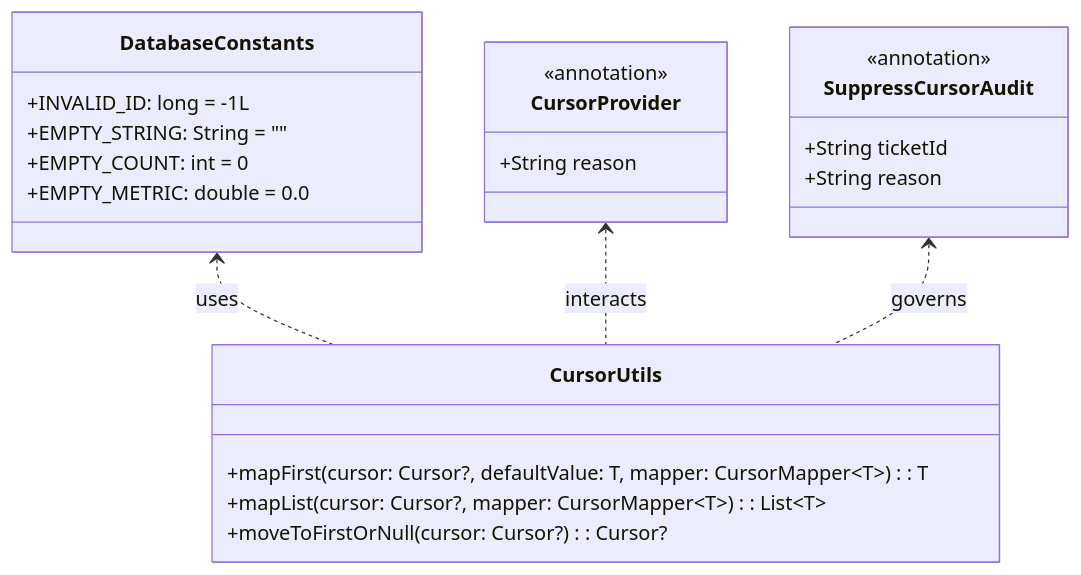
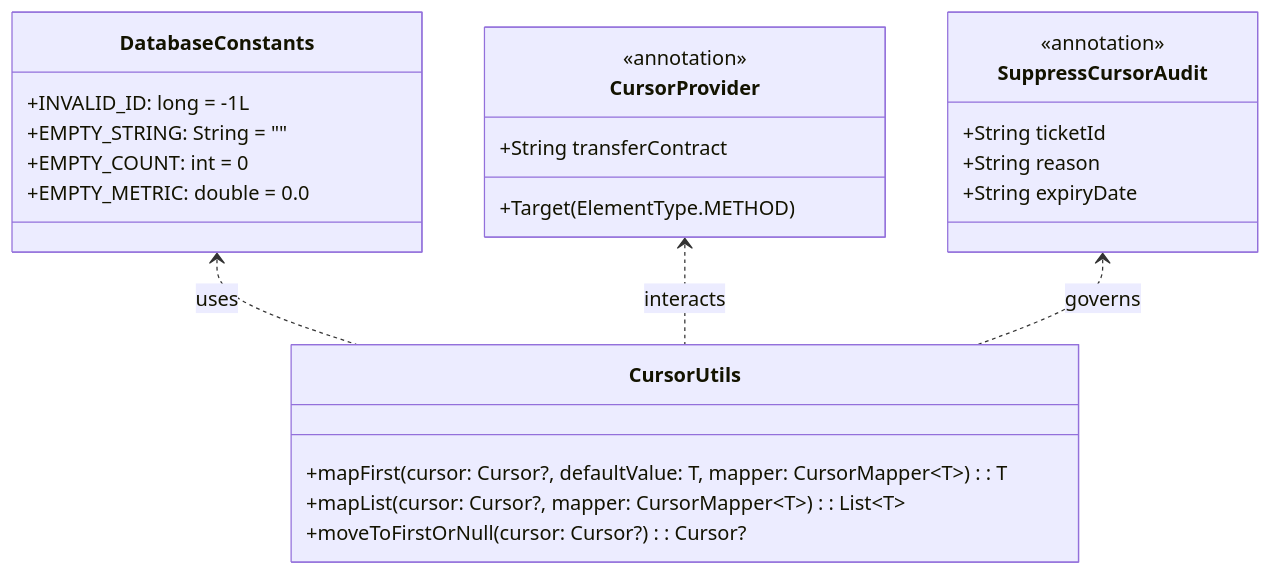
The diagram in docs/engineering/plans/ATT-3550_plan.md (rainerblind/aTrainingTracker), drawn with Mermaid before and after one commit. The commit also changed other lines of this file, not shown here.

Commit message:
docs(plan): finalize Stage 3 implementation plan with expiryDate, chained-call detection, and poison pill testing (ATT-3550)

````diff
--- a/docs/engineering/plans/ATT-3550_plan.md
+++ b/docs/engineering/plans/ATT-3550_plan.md
@@ -21,26 +21,28 @@
 ```mermaid
 classDiagram
     class DatabaseConstants {
         +INVALID_ID: long = -1L
         +EMPTY_STRING: String = ""
         +EMPTY_COUNT: int = 0
         +EMPTY_METRIC: double = 0.0
     }
     class CursorUtils {
         +mapFirst(cursor: Cursor?, defaultValue: T, mapper: CursorMapper~T~): T
         +mapList(cursor: Cursor?, mapper: CursorMapper~T~): List~T~
         +moveToFirstOrNull(cursor: Cursor?): Cursor?
     }
     class CursorProvider {
         <<annotation>>
-        +String reason
+        +Target(ElementType.METHOD)
+        +String transferContract
     }
     class SuppressCursorAudit {
         <<annotation>>
         +String ticketId
         +String reason
+        +String expiryDate
     }
     DatabaseConstants <.. CursorUtils : uses
     CursorProvider <.. CursorUtils : interacts
     SuppressCursorAudit <.. CursorUtils : governs
 ```
````
